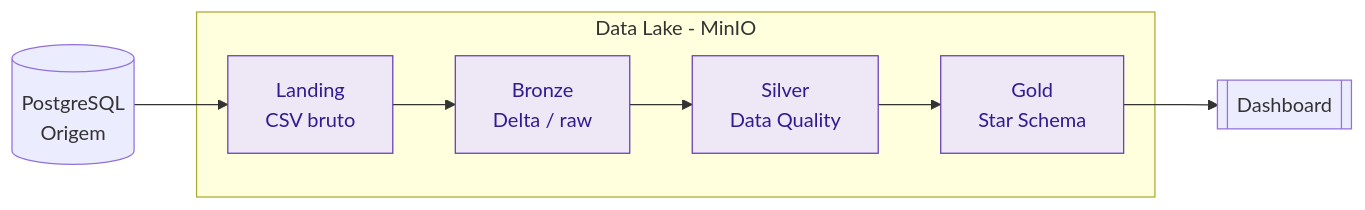
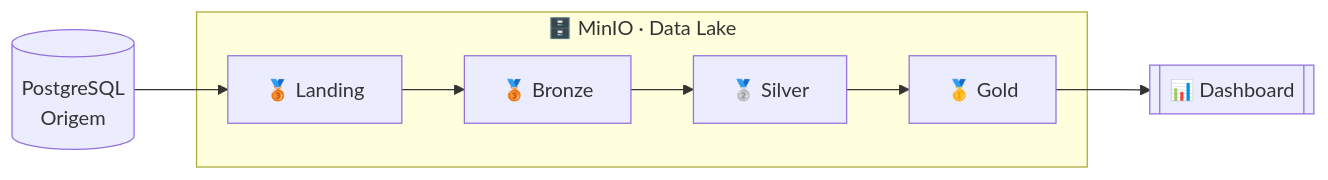
One commit to davinovakoskim-code/projeto-final-eng-dados changed the diagram in docs/index.md. Above: the diagram before and after it, drawn with Mermaid. The commit also changed other lines of this file and 3 other files, not shown here.

````diff
--- a/docs/index.md
+++ b/docs/index.md
@@ -21,16 +33,14 @@
 ```mermaid
 flowchart LR
-    A[(PostgreSQL<br/>Origem)] --> B[Landing<br/>CSV bruto]
-    B --> C[Bronze<br/>Delta / raw]
-    C --> D[Silver<br/>Data Quality]
-    D --> E[Gold<br/>Star Schema]
-    E --> F[[Dashboard]]
-    subgraph MinIO [Data Lake - MinIO]
+    A[(PostgreSQL<br/>Origem)] --> B[🥉 Landing]
+    B --> C[🥉 Bronze]
+    C --> D[🥈 Silver]
+    D --> E[🥇 Gold]
+    E --> F[[📊 Dashboard]]
+    subgraph MinIO [🗄️ MinIO · Data Lake]
         B
         C
         D
         E
     end
-    classDef lake fill:#ede7f6,stroke:#673ab7,color:#311b92;
-    class B,C,D,E lake;
 ```
````
